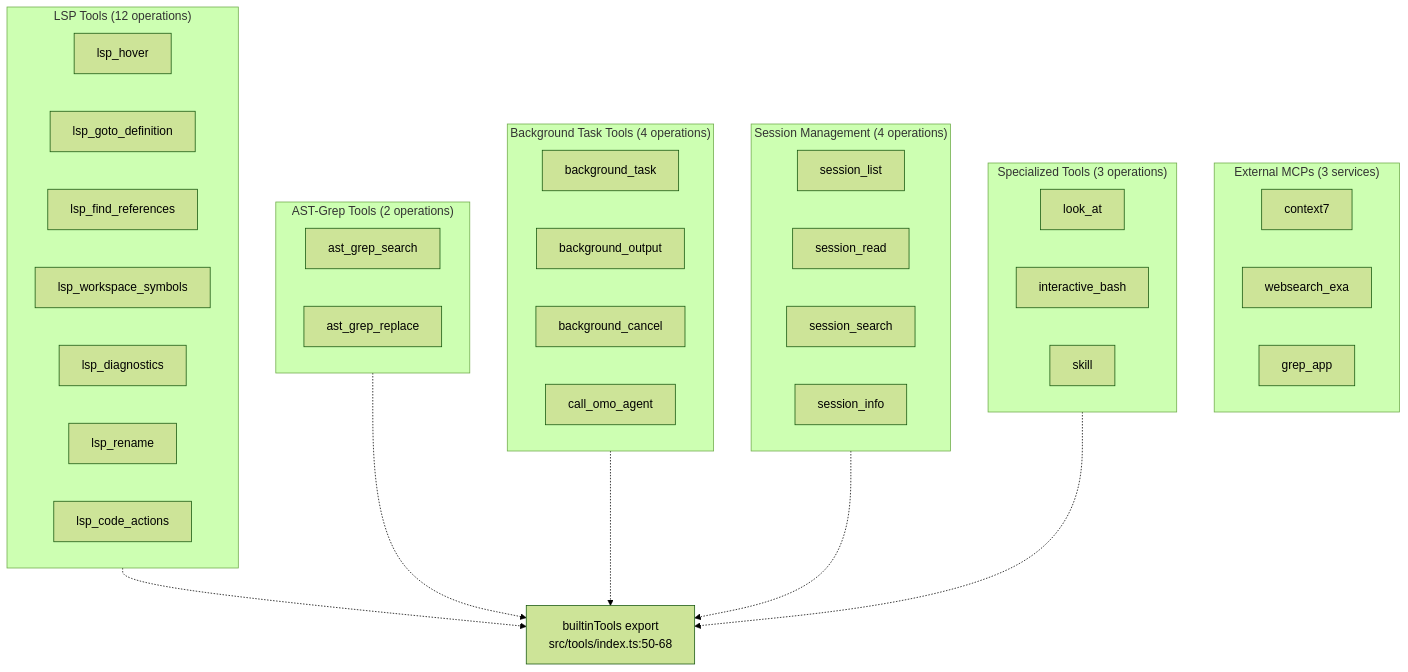
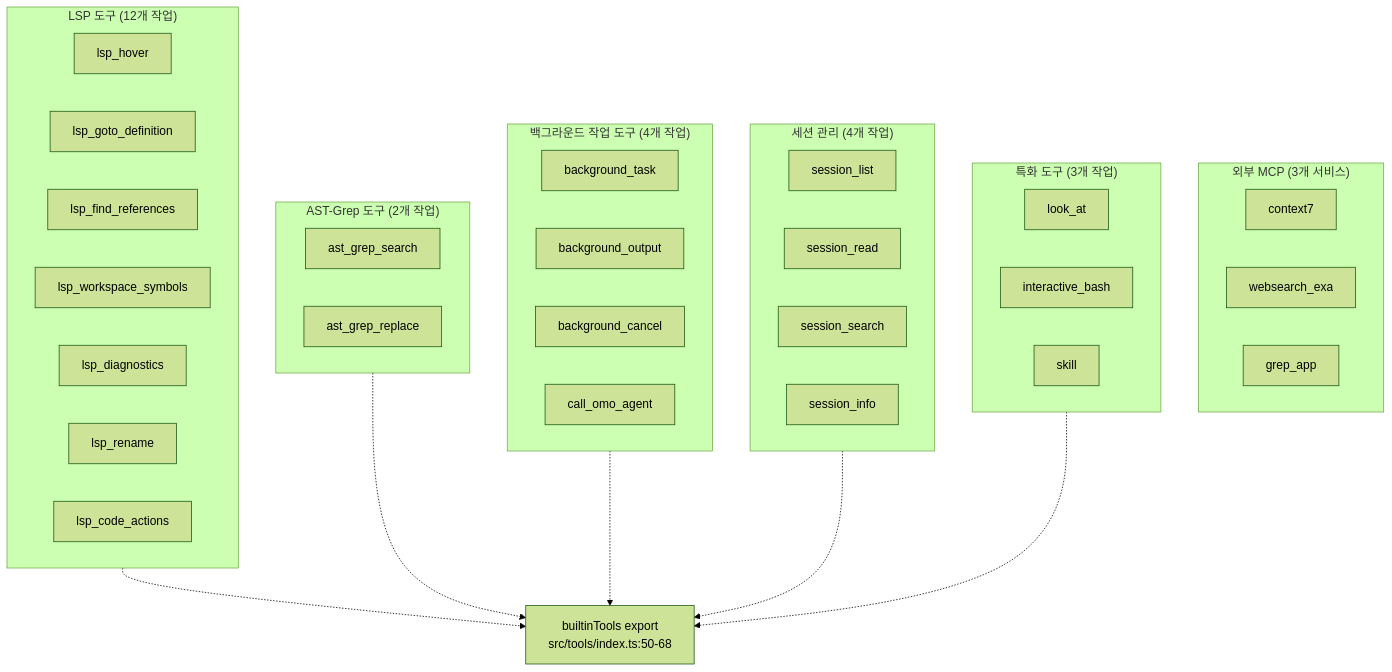
The first of 7 diagrams in docs/tools/tool-system.md (felipetruman/oh-my-opencode-docs), drawn with Mermaid (forest theme) before and after one commit. The commit also changed other lines of this file and 76 other files, not shown here.

````diff
--- a/docs/tools/tool-system.md
+++ b/docs/tools/tool-system.md
@@ -42,75 +42,75 @@
 ```mermaid
 flowchart TD
 
 context7["context7"]
 websearch_exa["websearch_exa"]
 grep_app["grep_app"]
 look_at["look_at"]
 interactive_bash["interactive_bash"]
 skill["skill"]
 session_list["session_list"]
 session_read["session_read"]
 session_search["session_search"]
 session_info["session_info"]
 background_task["background_task"]
 background_output["background_output"]
 background_cancel["background_cancel"]
 call_omo_agent["call_omo_agent"]
 ast_grep_search["ast_grep_search"]
 ast_grep_replace["ast_grep_replace"]
 lsp_hover["lsp_hover"]
 lsp_goto_definition["lsp_goto_definition"]
 lsp_find_references["lsp_find_references"]
 lsp_workspace_symbols["lsp_workspace_symbols"]
 lsp_diagnostics["lsp_diagnostics"]
 lsp_rename["lsp_rename"]
 lsp_code_actions["lsp_code_actions"]
 ToolRegistry["builtinTools export<br>src/tools/index.ts:50-68"]
 
 LSP -.-> ToolRegistry
 AST -.-> ToolRegistry
 Background -.-> ToolRegistry
 Session -.-> ToolRegistry
 Specialized -.-> ToolRegistry
 
-subgraph MCPs ["External MCPs (3 services)"]
+subgraph MCPs ["외부 MCP (3개 서비스)"]
     context7
     websearch_exa
     grep_app
 end
 
-subgraph Specialized ["Specialized Tools (3 operations)"]
+subgraph Specialized ["특화 도구 (3개 작업)"]
     look_at
     interactive_bash
     skill
 end
 
-subgraph Session ["Session Management (4 operations)"]
+subgraph Session ["세션 관리 (4개 작업)"]
     session_list
     session_read
     session_search
     session_info
 end
 
-subgraph Background ["Background Task Tools (4 operations)"]
+subgraph Background ["백그라운드 작업 도구 (4개 작업)"]
     background_task
     background_output
     background_cancel
     call_omo_agent
 end
 
-subgraph AST ["AST-Grep Tools (2 operations)"]
+subgraph AST ["AST-Grep 도구 (2개 작업)"]
     ast_grep_search
     ast_grep_replace
 end
 
-subgraph LSP ["LSP Tools (12 operations)"]
+subgraph LSP ["LSP 도구 (12개 작업)"]
     lsp_hover
     lsp_goto_definition
     lsp_find_references
     lsp_workspace_symbols
     lsp_diagnostics
     lsp_rename
     lsp_code_actions
 end
 ```
````
